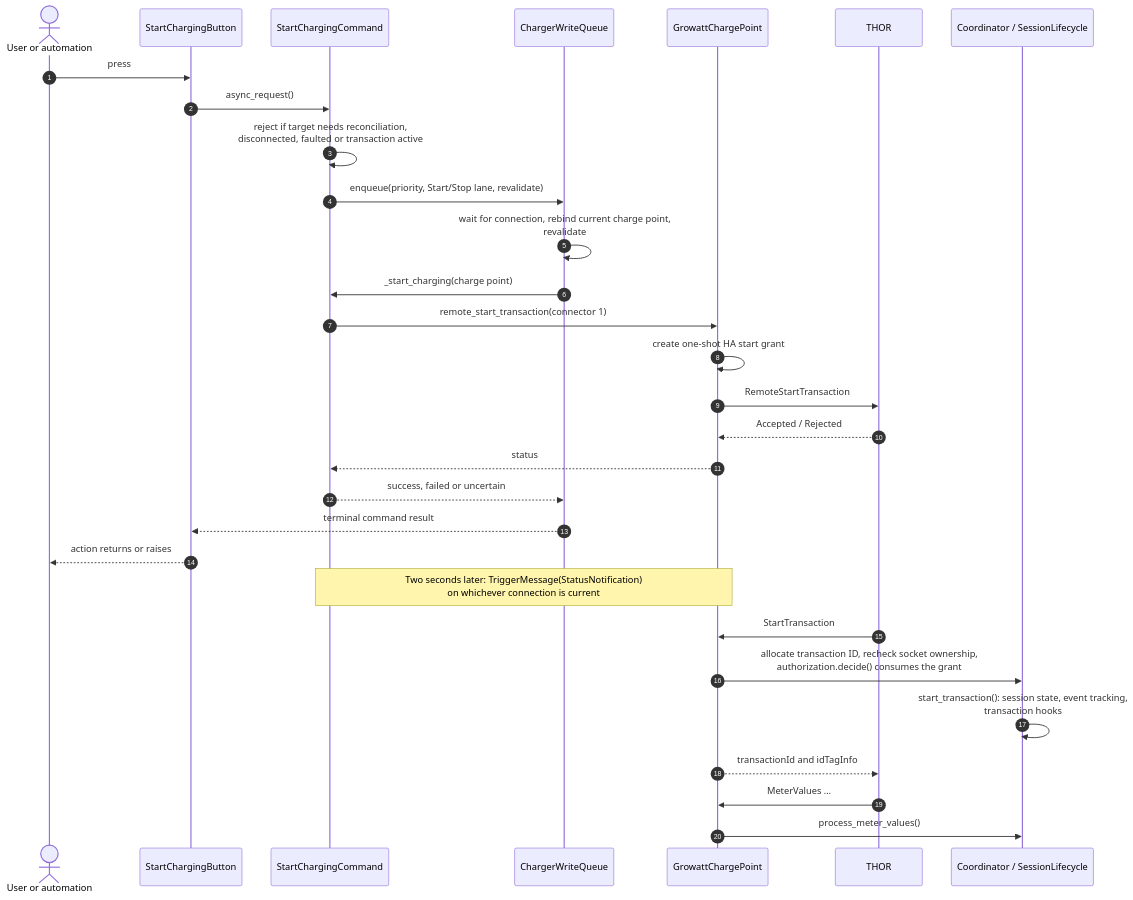
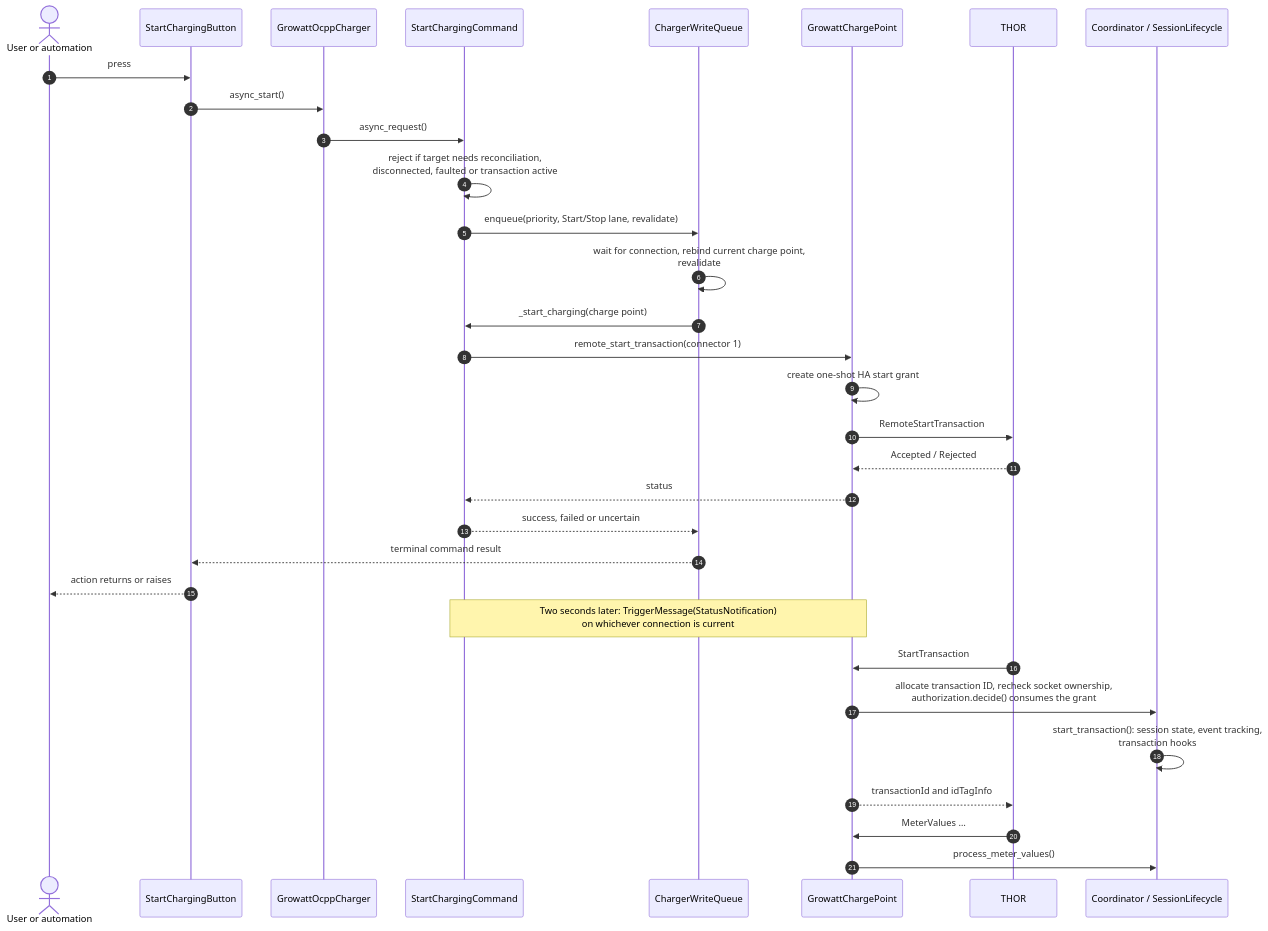
One commit to bobbesnl/growatt_thor changed the first of 4 diagrams in docs/runtime-flows.md. Above: the diagram before and after it, drawn with Mermaid. The commit also changed other lines of this file and 3 other files, not shown here.

First line of the commit message:
refactor(platforms): route start and stop buttons through ChargerControl

````diff
--- a/docs/runtime-flows.md
+++ b/docs/runtime-flows.md
@@ -24,33 +24,35 @@
 ```mermaid
 sequenceDiagram
   autonumber
   actor User as User or automation
   participant Button as StartChargingButton
+  participant Ctl as GrowattOcppCharger
   participant Cmd as StartChargingCommand
   participant Queue as ChargerWriteQueue
   participant CP as GrowattChargePoint
   participant THOR
   participant Coord as Coordinator / SessionLifecycle
 
   User->>Button: press
-  Button->>Cmd: async_request()
+  Button->>Ctl: async_start()
+  Ctl->>Cmd: async_request()
   Cmd->>Cmd: reject if target needs reconciliation,<br/>disconnected, faulted or transaction active
   Cmd->>Queue: enqueue(priority, Start/Stop lane, revalidate)
   Queue->>Queue: wait for connection, rebind current charge point,<br/>revalidate
   Queue->>Cmd: _start_charging(charge point)
   Cmd->>CP: remote_start_transaction(connector 1)
   CP->>CP: create one-shot HA start grant
   CP->>THOR: RemoteStartTransaction
   THOR-->>CP: Accepted / Rejected
   CP-->>Cmd: status
   Cmd-->>Queue: success, failed or uncertain
   Queue-->>Button: terminal command result
   Button-->>User: action returns or raises
   Note over Cmd,CP: Two seconds later: TriggerMessage(StatusNotification)<br/>on whichever connection is current
   THOR->>CP: StartTransaction
   CP->>Coord: allocate transaction ID, recheck socket ownership,<br/>authorization.decide() consumes the grant
   Coord->>Coord: start_transaction(): session state, event tracking,<br/>transaction hooks
   CP-->>THOR: transactionId and idTagInfo
   THOR->>CP: MeterValues …
   CP->>Coord: process_meter_values()
 ```
````
